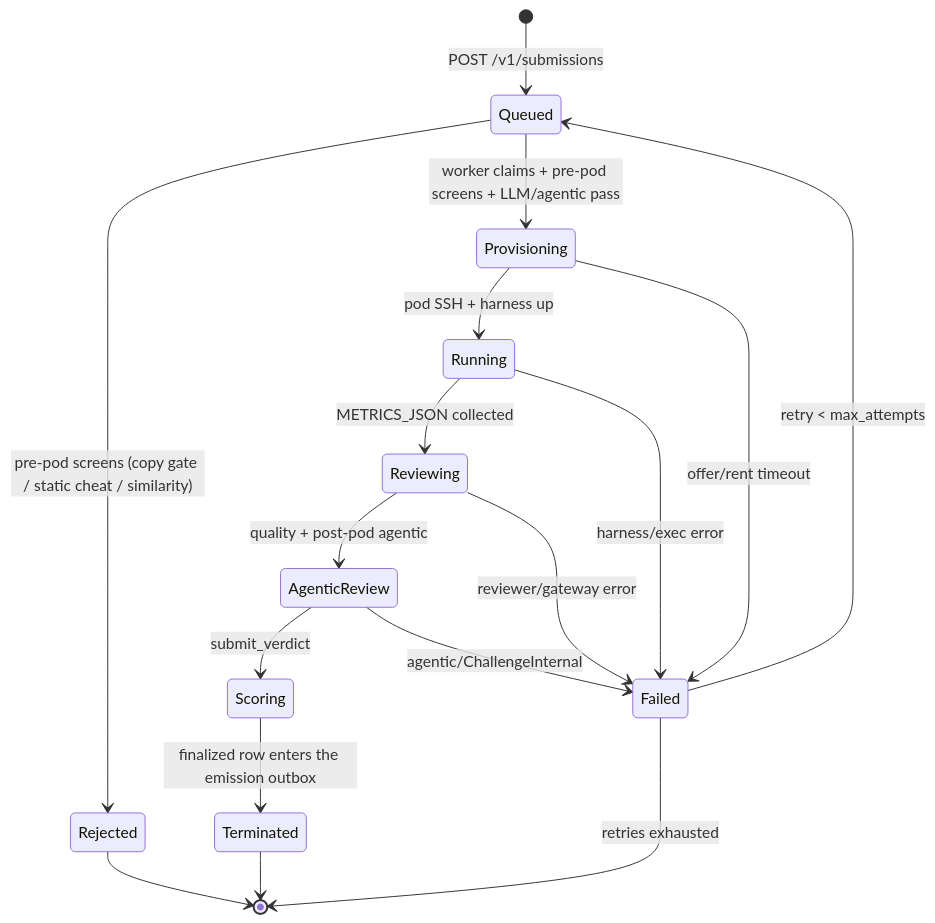
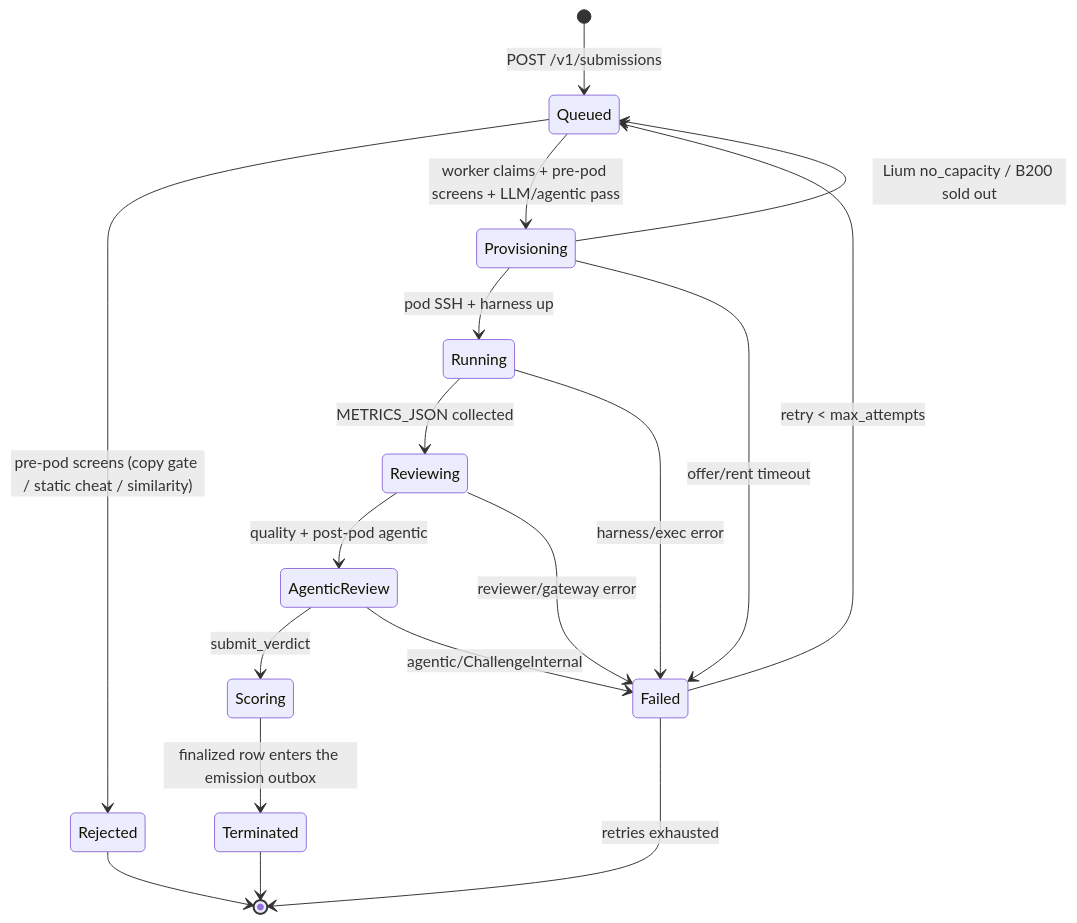
Before and after one commit to BaseIntelligence/base: the diagram in docs/PRISM.md, drawn with Mermaid. The commit also changed other lines of this file and 7 other files, not shown here.

Commit message:
fix(prism): queue submits when lium b200s sell out

````diff
--- a/docs/PRISM.md
+++ b/docs/PRISM.md
@@ -58,19 +58,20 @@
 ```mermaid
 stateDiagram-v2
     [*] --> Queued: POST /v1/submissions
     Queued --> Rejected: pre-pod screens (copy gate / static cheat / similarity)
     Queued --> Provisioning: worker claims + pre-pod screens + LLM/agentic pass
     Provisioning --> Running: pod SSH + harness up
+    Provisioning --> Queued: Lium no_capacity / B200 sold out
     Running --> Reviewing: METRICS_JSON collected
     Reviewing --> AgenticReview: quality + post-pod agentic
     AgenticReview --> Scoring: submit_verdict
     Scoring --> Terminated: finalized row enters the emission outbox
     Provisioning --> Failed: offer/rent timeout
     Running --> Failed: harness/exec error
     Reviewing --> Failed: reviewer/gateway error
     AgenticReview --> Failed: agentic/ChallengeInternal
     Failed --> Queued: retry < max_attempts
     Failed --> [*]: retries exhausted
     Rejected --> [*]
     Terminated --> [*]
 ```
````
